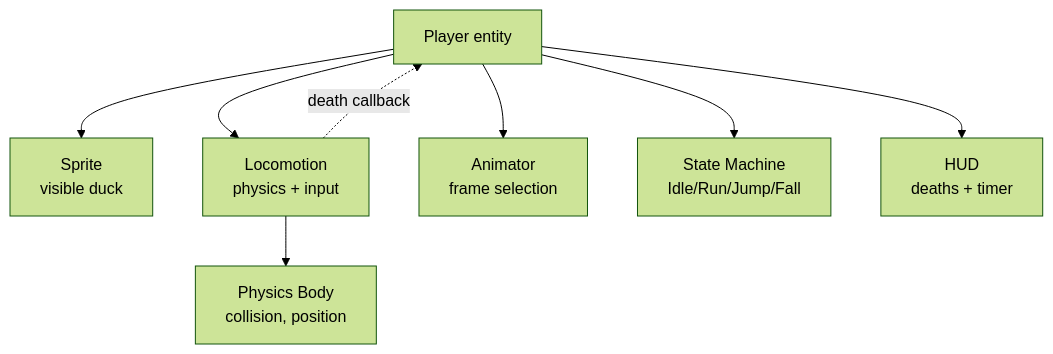
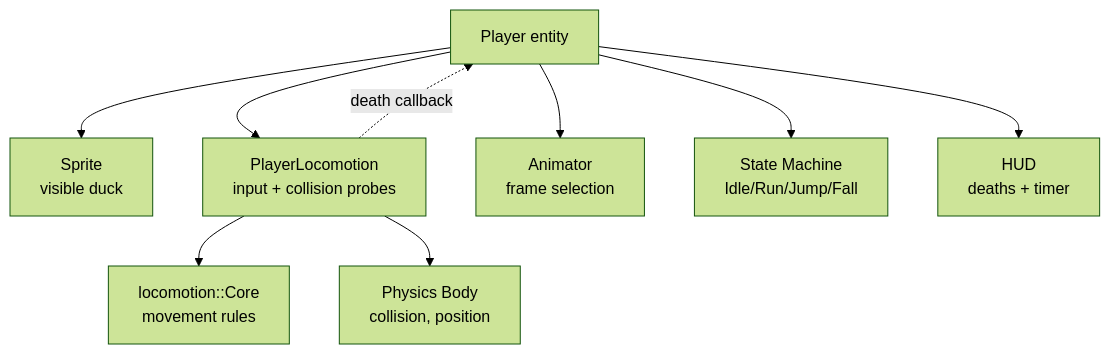
Before and after one commit to gba-projekt-thi/platformer: the first of 6 diagrams in docs/components.md, drawn with Mermaid (forest theme). The commit also changed other lines of this file, not shown here.

````diff
--- a/docs/components.md
+++ b/docs/components.md
@@ -20,10 +17,11 @@
 ```mermaid
 graph TD
     Player[Player entity] --> Sprite[Sprite<br/>visible duck]
-    Player --> Loc[Locomotion<br/>physics + input]
+    Player --> Loc[PlayerLocomotion<br/>input + collision probes]
+    Loc --> Core[locomotion::Core<br/>movement rules]
     Player --> Anim[Animator<br/>frame selection]
     Player --> SM[State Machine<br/>Idle/Run/Jump/Fall]
     Player --> HUD[HUD<br/>deaths + timer]
     Loc --> Body[Physics Body<br/>collision, position]
     Loc -. death callback .-> Player
 ```
````
